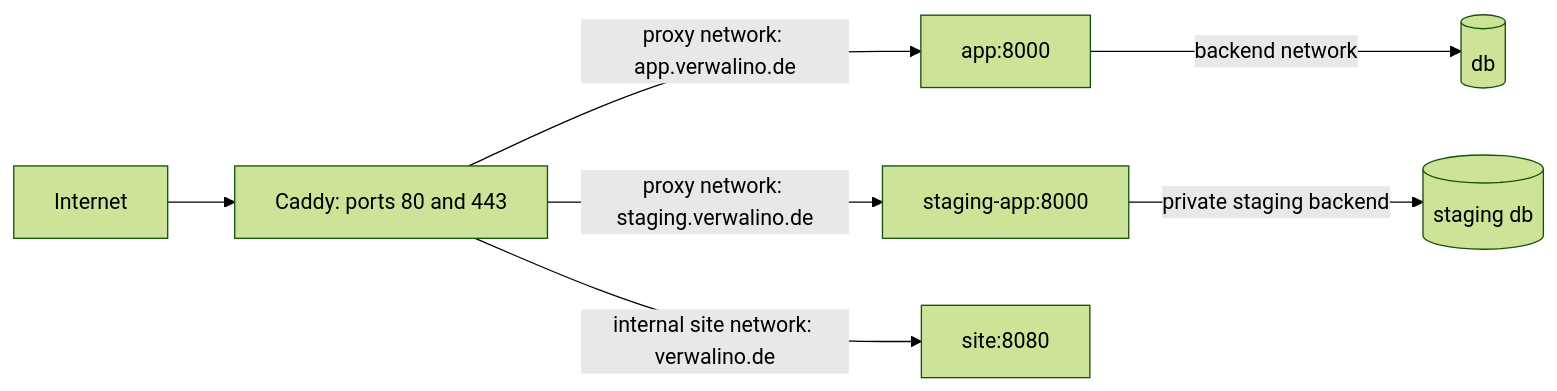
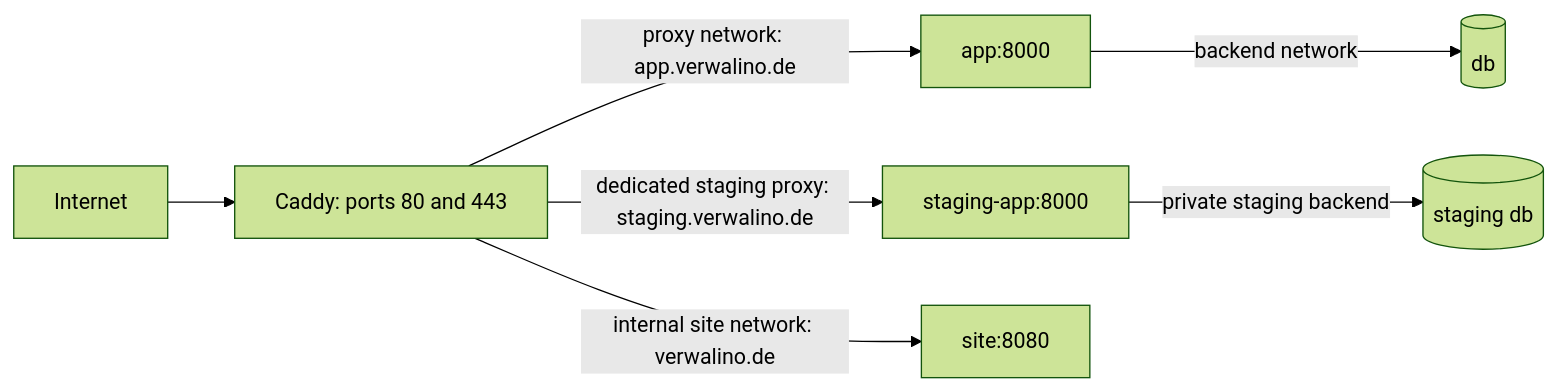
Before and after one commit to itskeKs/verwalino: the diagram in docs/operations/website-hosting.md, drawn with Mermaid (forest theme). The commit also changed other lines of this file and 15 other files, not shown here.

````diff
--- a/docs/operations/website-hosting.md
+++ b/docs/operations/website-hosting.md
@@ -26,9 +26,9 @@
 ```mermaid
 flowchart LR
   browser[Internet] --> caddy[Caddy: ports 80 and 443]
   caddy -->|proxy network: app.verwalino.de| app[app:8000]
   app -->|backend network| db[(db)]
-  caddy -->|proxy network: staging.verwalino.de| staging[staging-app:8000]
+  caddy -->|dedicated staging proxy: staging.verwalino.de| staging[staging-app:8000]
   staging -->|private staging backend| staging_db[(staging db)]
   caddy -->|internal site network: verwalino.de| site[site:8080]
 ```
````
